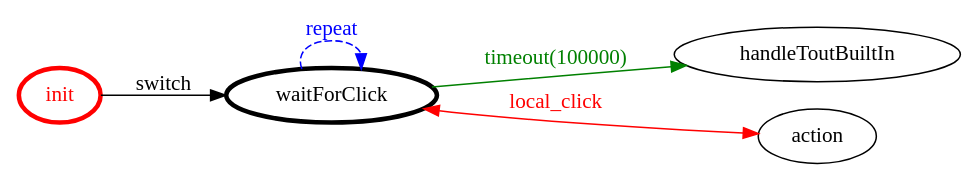
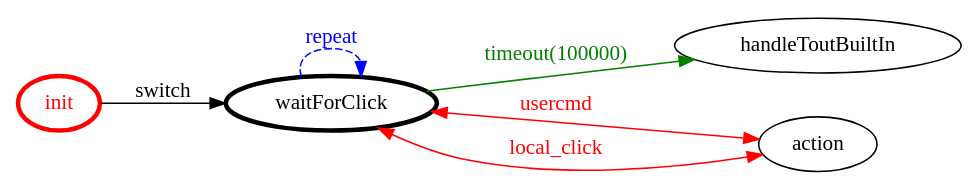
The diagram in it.unibo.qa.nodeserver/srcMore/it/unibo/qacontrolhl/qacontrolhl.gv (anatali/lss0), drawn with Graphviz before and after one commit. The commit also changed 324 other files, not shown here.

```diff
--- a/it.unibo.qa.nodeserver/srcMore/it/unibo/qacontrolhl/qacontrolhl.gv
+++ b/it.unibo.qa.nodeserver/srcMore/it/unibo/qacontrolhl/qacontrolhl.gv
@@ -1,19 +1,20 @@
 /*
 *
 * A GraphViz DOT FSM description 
 * Please use a GraphViz visualizer (like http://www.webgraphviz.com)
 *  
 */
 
 digraph finite_state_machine {
 	rankdir=LR
 	size="8,5"
 	
 	init [ color = red ][ fontcolor = red ][ penwidth = 3 ]
 	waitForClick [ color = black ][ fontcolor = black ][ penwidth = 3 ]
 	
 	waitForClick -> handleToutBuiltIn [ label = "timeout(100000)" ][ color = green ][ fontcolor = green ]
 	init -> waitForClick [ label = "switch" ][ color = black ][ fontcolor = black ]
+	waitForClick -> action [ label = "usercmd" ][ color = red ][ fontcolor = red ][ dir = both ]
 	waitForClick -> waitForClick [ label = "repeat "][ style = dashed ][ color = blue ][ fontcolor = blue ]
 	waitForClick -> action [ label = "local_click" ][ color = red ][ fontcolor = red ][ dir = both ]
 }
```
